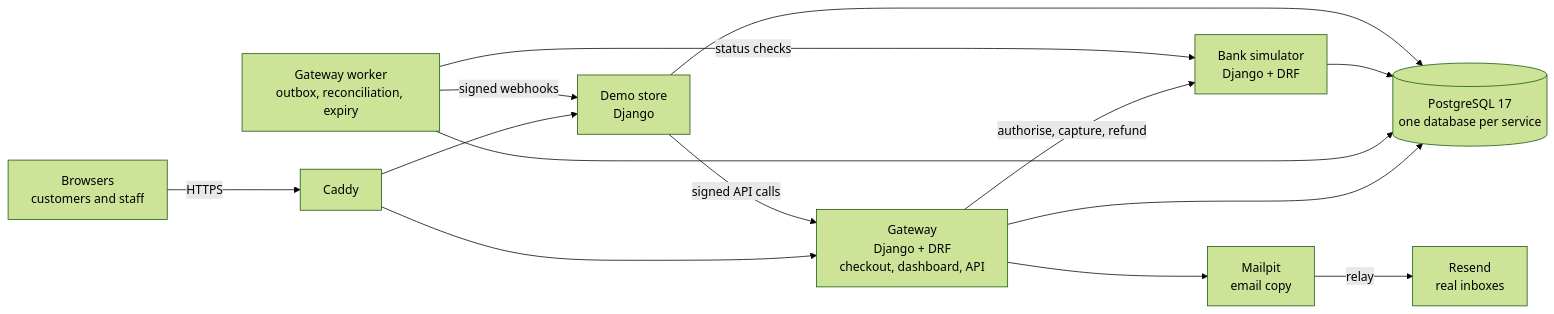
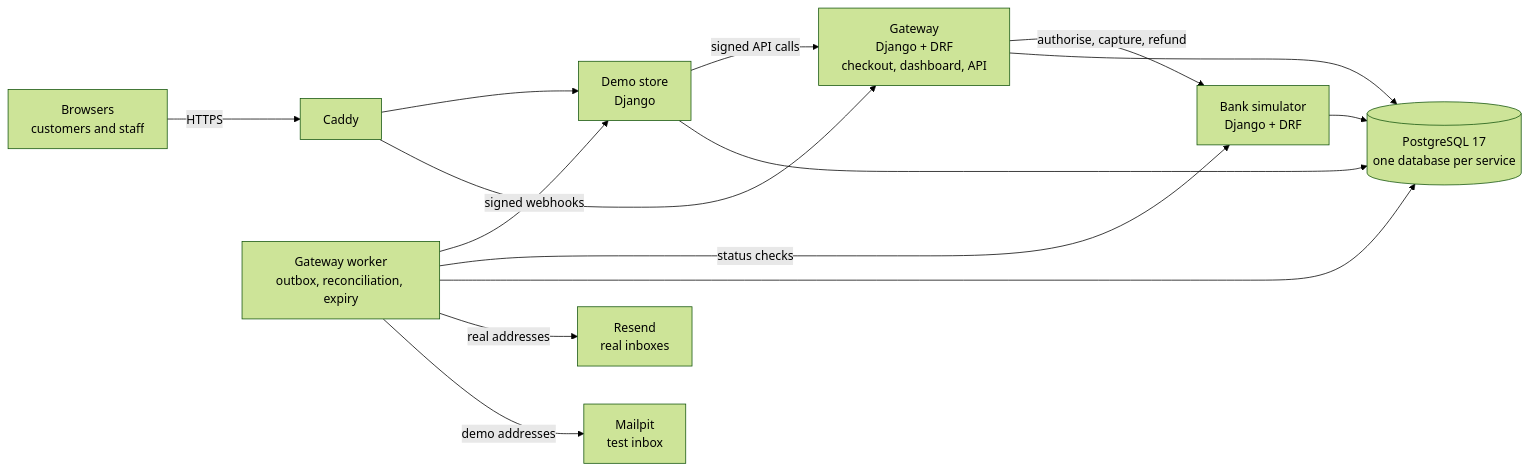
The diagram in README.md (PowerPii/csit321-secure-pay), drawn with Mermaid (forest theme) before and after one commit. The commit also changed other lines of this file and 14 other files, not shown here.

First line of the commit message:
Release audit: test report covers all 31 URS NFRs; email and recovery text match the code

````diff
--- a/README.md
+++ b/README.md
@@ -72,15 +73,16 @@
 ```mermaid
 flowchart LR
   B[Browsers<br/>customers and staff] -->|HTTPS| C[Caddy]
   C --> M[Demo store<br/>Django]
   C --> G[Gateway<br/>Django + DRF<br/>checkout, dashboard, API]
   M -->|signed API calls| G
   G -->|authorise, capture, refund| S[Bank simulator<br/>Django + DRF]
   W[Gateway worker<br/>outbox, reconciliation, expiry] -->|signed webhooks| M
   W -->|status checks| S
   G --> P[(PostgreSQL 17<br/>one database per service)]
   W --> P
   S --> P
   M --> P
-  G --> E[Mailpit<br/>email copy] -->|relay| R[Resend<br/>real inboxes]
+  W -->|real addresses| R[Resend<br/>real inboxes]
+  W -->|demo addresses| E[Mailpit<br/>test inbox]
 ```
````
